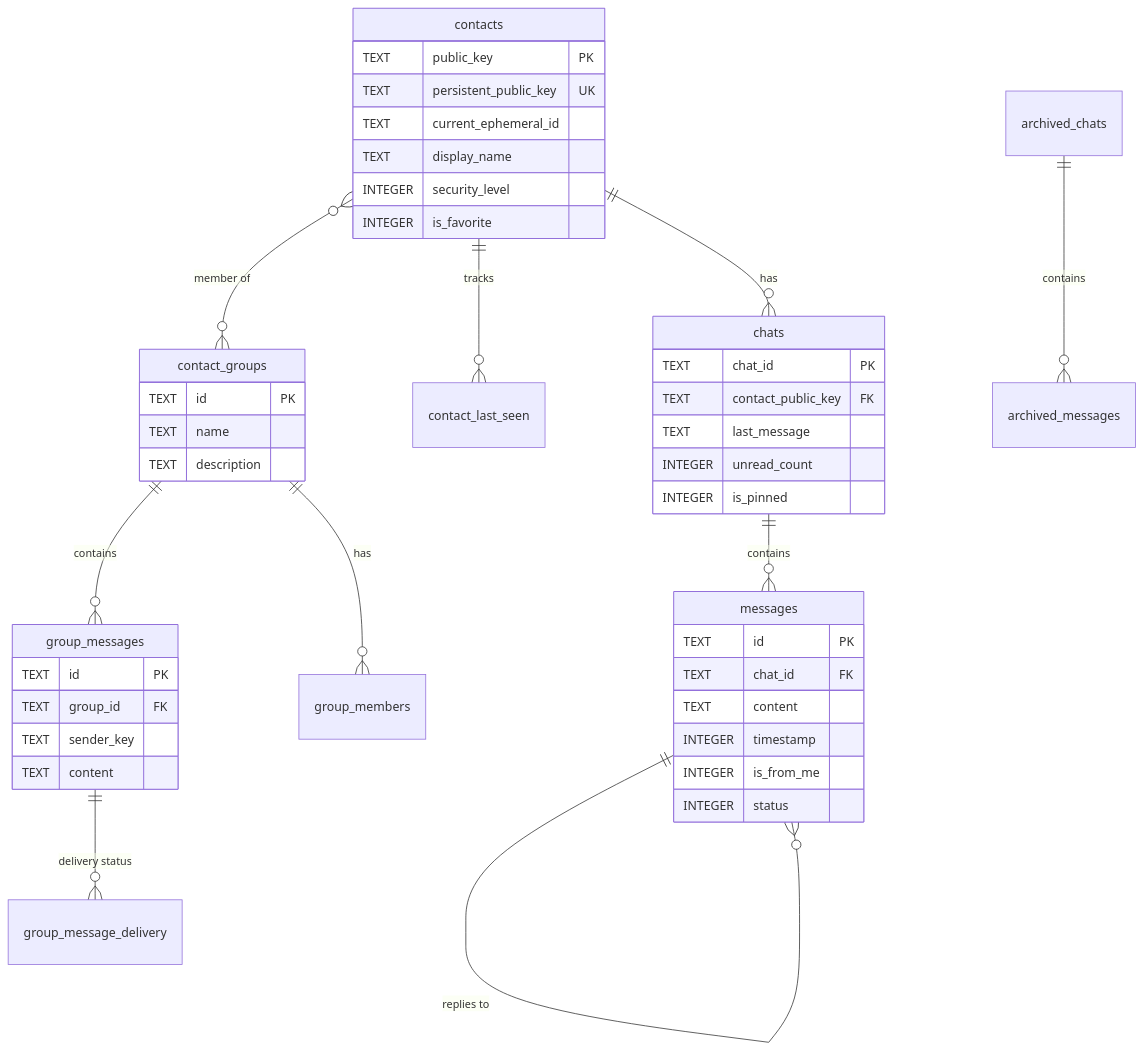
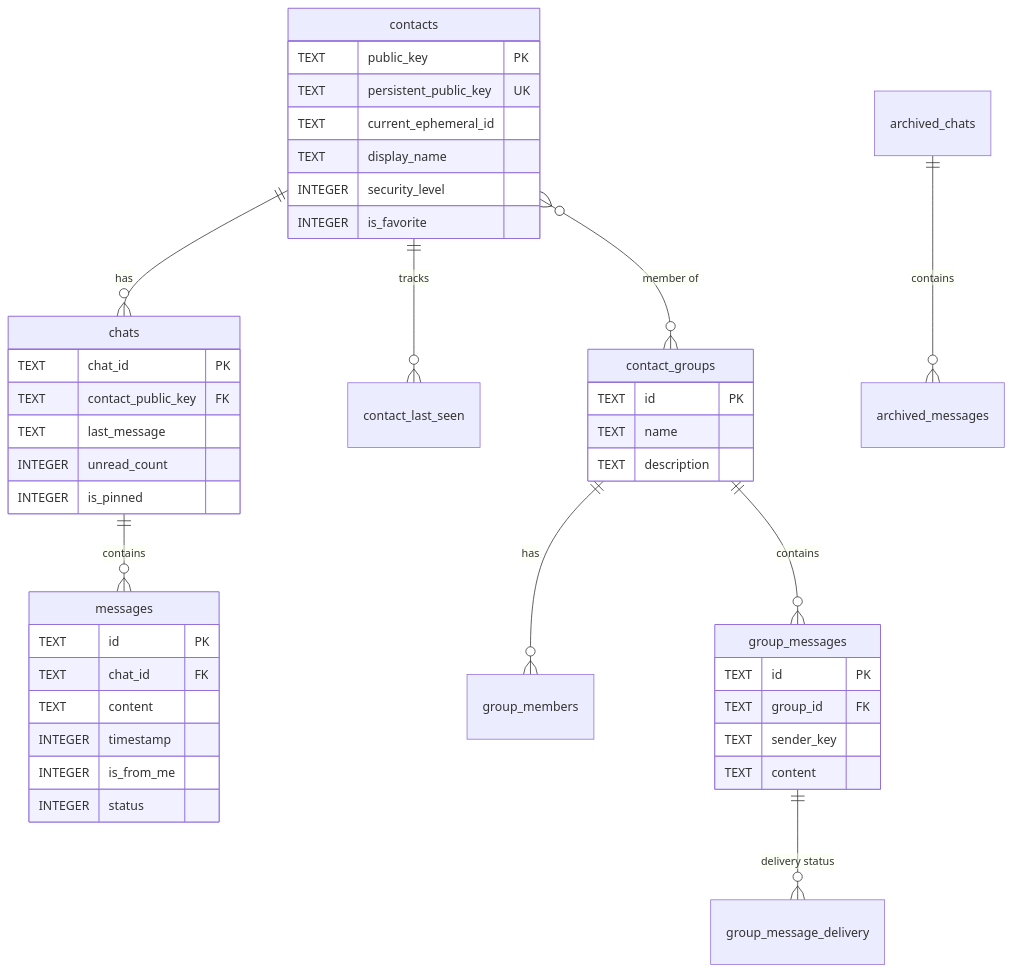
The diagram in docs/srs/10-database-schema.md (AbubakarMahmood1/pak_connect_final), drawn with Mermaid before and after one commit. The commit also changed other lines of this file and 37 other files, not shown here.

````diff
--- a/docs/srs/10-database-schema.md
+++ b/docs/srs/10-database-schema.md
@@ -605,56 +675,54 @@
 ```mermaid
 erDiagram
     contacts ||--o{ chats : "has"
     contacts ||--o{ contact_last_seen : "tracks"
     contacts }o--o{ contact_groups : "member of"
 
     chats ||--o{ messages : "contains"
-
-    messages ||--o{ messages : "replies to"
 
     archived_chats ||--o{ archived_messages : "contains"
 
     contact_groups ||--o{ group_members : "has"
     contact_groups ||--o{ group_messages : "contains"
 
     group_messages ||--o{ group_message_delivery : "delivery status"
 
     contacts {
         TEXT public_key PK
         TEXT persistent_public_key UK
         TEXT current_ephemeral_id
         TEXT display_name
         INTEGER security_level
         INTEGER is_favorite
     }
 
     chats {
         TEXT chat_id PK
         TEXT contact_public_key FK
         TEXT last_message
         INTEGER unread_count
         INTEGER is_pinned
     }
 
     messages {
         TEXT id PK
         TEXT chat_id FK
         TEXT content
         INTEGER timestamp
         INTEGER is_from_me
         INTEGER status
     }
 
     contact_groups {
         TEXT id PK
         TEXT name
         TEXT description
     }
 
     group_messages {
         TEXT id PK
         TEXT group_id FK
         TEXT sender_key
         TEXT content
     }
 ```
````
